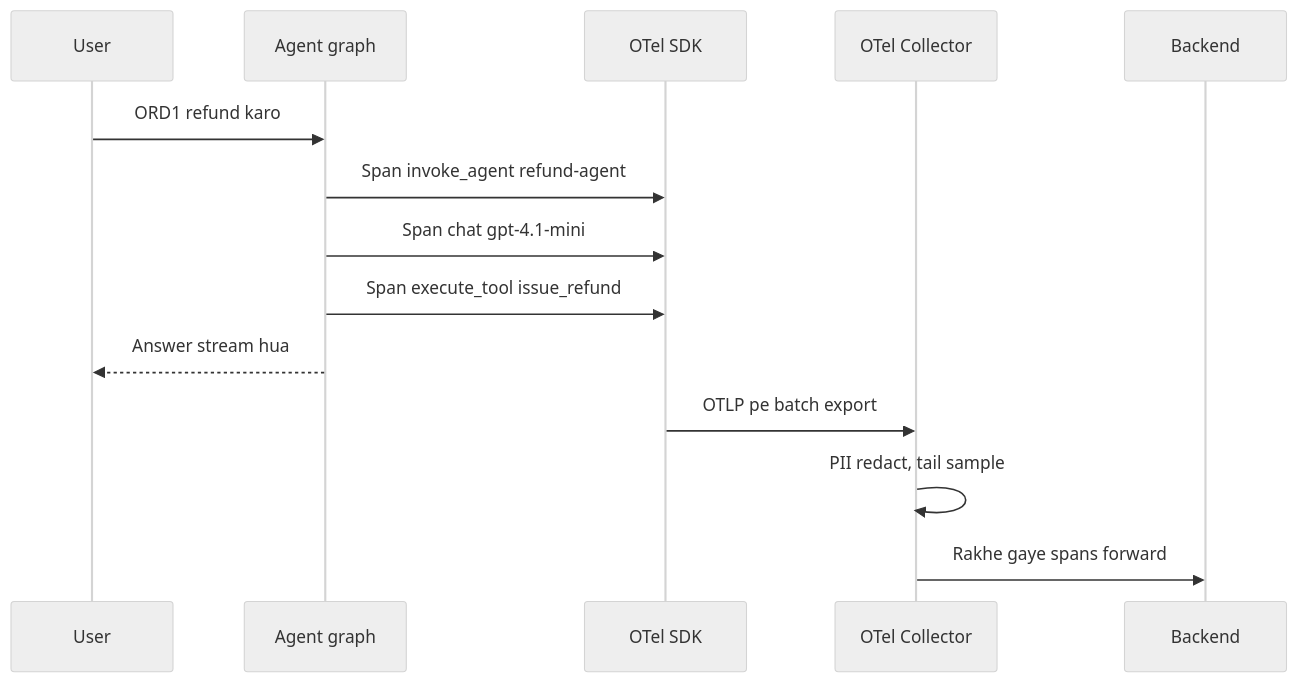
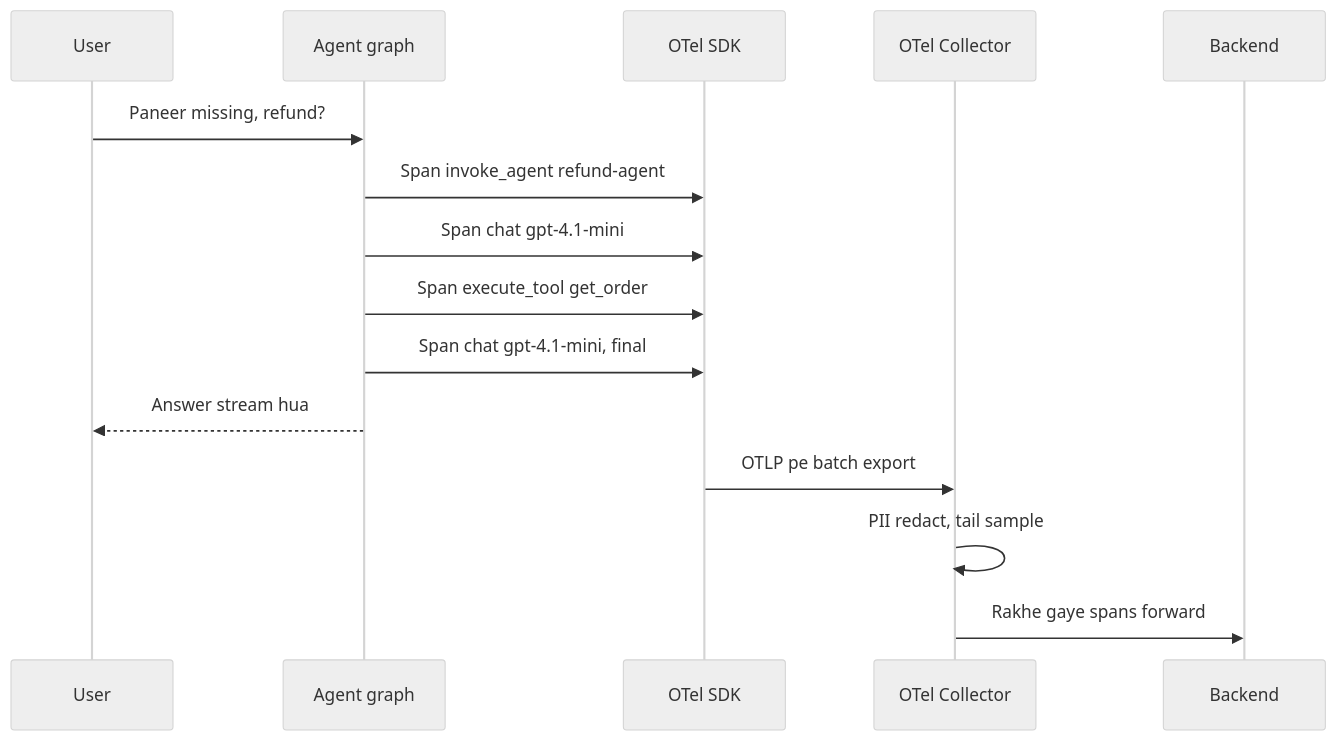
The fourth of 7 diagrams in content/11-agentic/10-agent-observability.md (flow6979/viewinter), drawn with Mermaid (neutral theme) before and after one commit. The commit also changed other lines of this file and 26 other files, not shown here.

First line of the commit message:
Agentic AI: rewrite all 13 pages to explain from scratch; animate diagrams on every article

````diff
--- a/content/11-agentic/10-agent-observability.md
+++ b/content/11-agentic/10-agent-observability.md
@@ -184,16 +407,17 @@
 ```mermaid
 sequenceDiagram
     participant U as User
     participant G as Agent graph
     participant S as OTel SDK
     participant C as OTel Collector
     participant B as Backend
-    U->>G: ORD1 refund karo
+    U->>G: Paneer missing, refund?
     G->>S: Span invoke_agent refund-agent
     G->>S: Span chat gpt-4.1-mini
-    G->>S: Span execute_tool issue_refund
+    G->>S: Span execute_tool get_order
+    G->>S: Span chat gpt-4.1-mini, final
     G-->>U: Answer stream hua
     S->>C: OTLP pe batch export
     C->>C: PII redact, tail sample
     C->>B: Rakhe gaye spans forward
 ```
````
